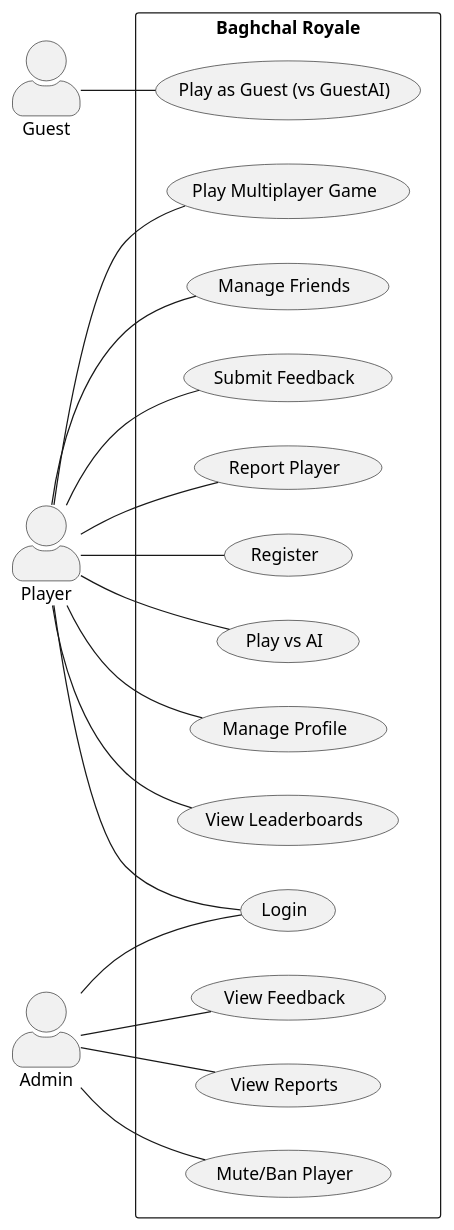
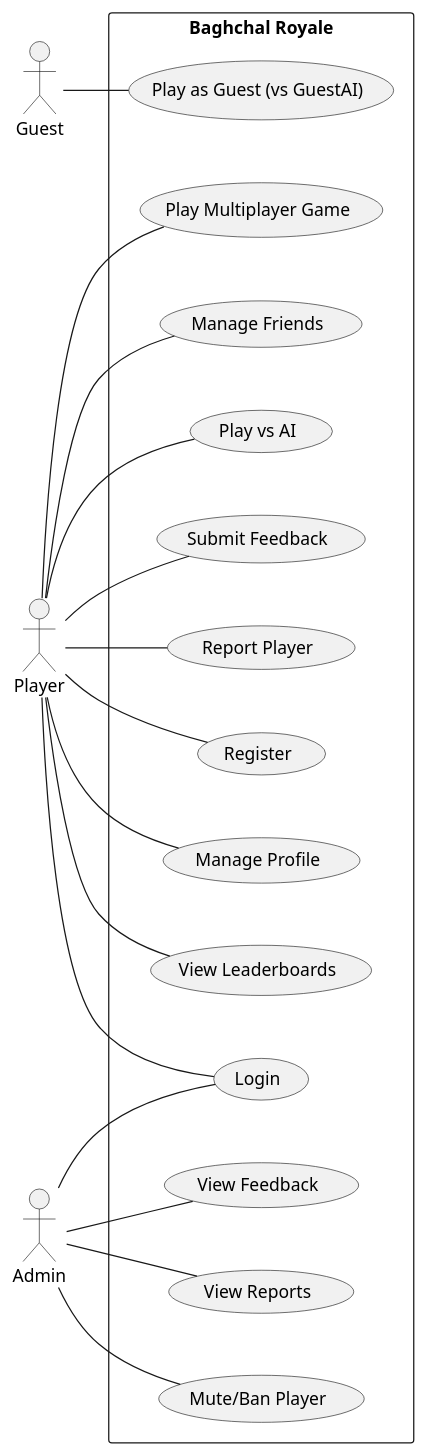
One commit to d-shishir/Baghchal-Royale changed the diagram in Diagrams/use_case_diagram.puml. Above: the diagram before and after it, drawn with PlantUML. The commit also changed 7 other files, not shown here.

```diff
--- a/Diagrams/use_case_diagram.puml
+++ b/Diagrams/use_case_diagram.puml
@@ -1,44 +1,45 @@
 @startuml
 left to right direction
-skinparam actorStyle awesome
+skinparam actorStyle stick
+skinparam spline false
+skinparam linetype line
+skinparam nodesep 50
+skinparam ranksep 50
 
-actor "Guest" as Guest
-actor "Player" as Player
-actor "Admin" as Admin
+actor Guest
+actor Player  
+actor Admin
 
 rectangle "Baghchal Royale" {
+  usecase "Play as Guest (vs GuestAI)" as UC3
   usecase "Login" as UC_LOGIN
   usecase "Register" as UC_REGISTER
-  
-  Player -- (UC_LOGIN)
-  Player -- (UC_REGISTER)
-  Admin -- (UC_LOGIN)
-
-  usecase "Play as Guest (vs GuestAI)" as UC3
-  Guest -- (UC3)
-
   usecase "Manage Profile" as UC4
   usecase "View Leaderboards" as UC5
   usecase "Play Multiplayer Game" as UC6
   usecase "Manage Friends" as UC7
+  usecase "Play vs AI" as UC15
   usecase "Submit Feedback" as UC9
   usecase "Report Player" as UC10
-  usecase "Play vs AI" as UC15
-
-  Player -- (UC4)
-  Player -- (UC5)
-  Player -- (UC6)
-  Player -- (UC7)
-  Player -- (UC9)
-  Player -- (UC10)
-  Player -- (UC15)
-
   usecase "View Reports" as UC11
   usecase "Mute/Ban Player" as UC14
   usecase "View Feedback" as UC16
-  
-  Admin -- (UC11)
-  Admin -- (UC14)
-  Admin -- (UC16)
 }
+
+Guest -- UC3
+
+Player -- UC_LOGIN
+Player -- UC_REGISTER  
+Player -- UC4
+Player -- UC5
+Player -- UC6
+Player -- UC7
+Player -- UC15
+Player -- UC9
+Player -- UC10
+
+Admin -- UC_LOGIN
+Admin -- UC11
+Admin -- UC14
+Admin -- UC16
 @enduml 
```
